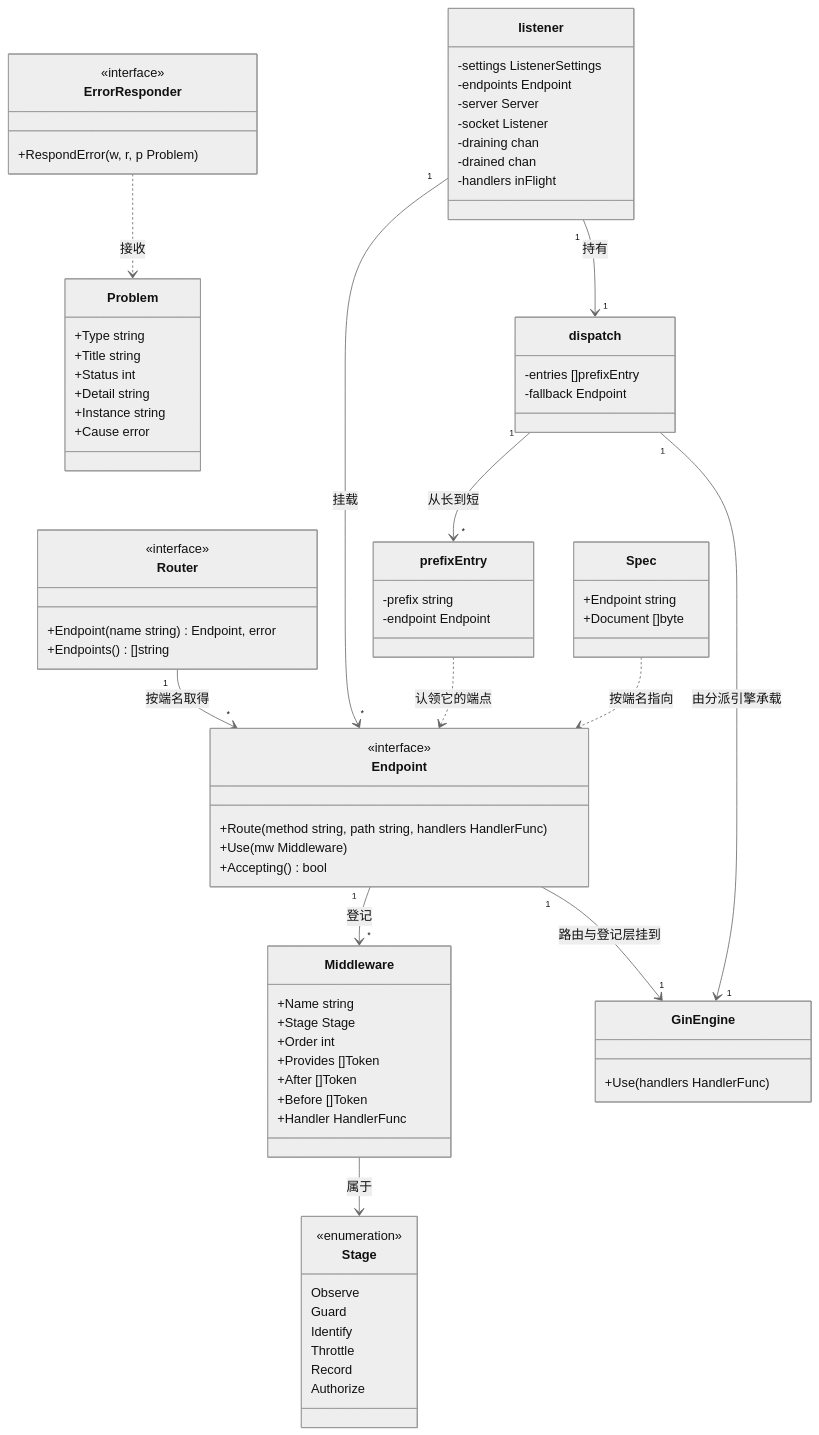
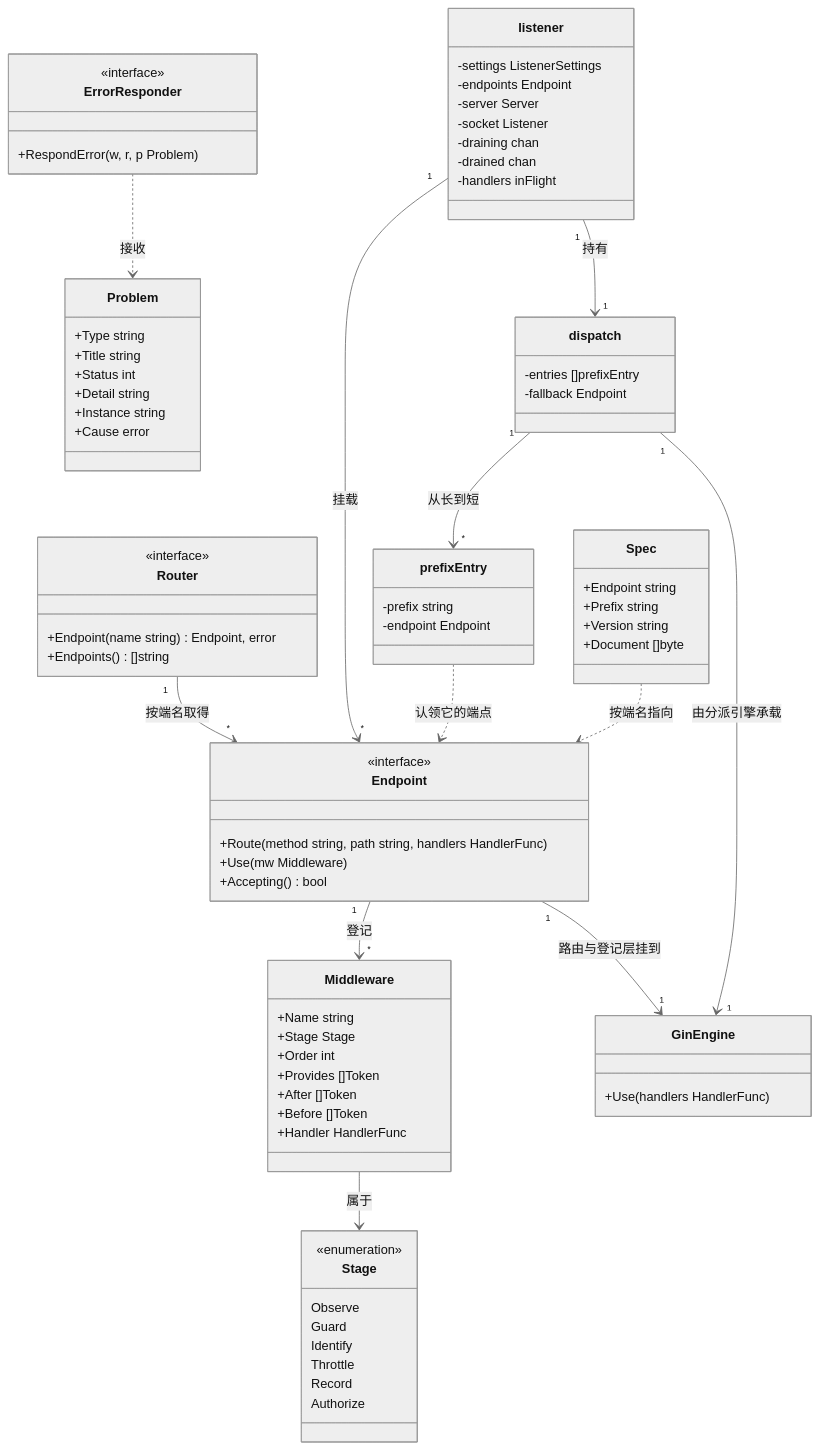
The first of 3 diagrams in docs/design/modules/http/design-http.md (wangzw/speed), drawn with Mermaid (neutral theme) before and after one commit. The commit also changed other lines of this file and 65 other files, not shown here.

````diff
--- a/docs/design/modules/http/design-http.md
+++ b/docs/design/modules/http/design-http.md
@@ -316,79 +320,81 @@
 ```mermaid
 classDiagram
     class Router {
         <<interface>>
         +Endpoint(name string) Endpoint, error
         +Endpoints() []string
     }
     class Endpoint {
         <<interface>>
         +Route(method string, path string, handlers HandlerFunc)
         +Use(mw Middleware)
         +Accepting() bool
     }
     class Middleware {
         +Name string
         +Stage Stage
         +Order int
         +Provides []Token
         +After []Token
         +Before []Token
         +Handler HandlerFunc
     }
     class Stage {
         <<enumeration>>
         Observe
         Guard
         Identify
         Throttle
         Record
         Authorize
     }
     class Spec {
         +Endpoint string
+        +Prefix string
+        +Version string
         +Document []byte
     }
     class ErrorResponder {
         <<interface>>
         +RespondError(w, r, p Problem)
     }
     class Problem {
         +Type string
         +Title string
         +Status int
         +Detail string
         +Instance string
         +Cause error
     }
     class GinEngine {
         +Use(handlers HandlerFunc)
     }
     class listener {
         -settings ListenerSettings
         -endpoints Endpoint
         -server Server
         -socket Listener
         -draining chan
         -drained chan
         -handlers inFlight
     }
     class dispatch {
         -entries []prefixEntry
         -fallback Endpoint
     }
     class prefixEntry {
         -prefix string
         -endpoint Endpoint
     }
     Router "1" --> "*" Endpoint : 按端名取得
     listener "1" --> "*" Endpoint : 挂载
     Endpoint "1" --> "*" Middleware : 登记
     Middleware --> Stage : 属于
     Endpoint "1" --> "1" GinEngine : 路由与登记层挂到
     listener "1" --> "1" dispatch : 持有
     dispatch "1" --> "1" GinEngine : 由分派引擎承载
     dispatch "1" --> "*" prefixEntry : 从长到短
     prefixEntry ..> Endpoint : 认领它的端点
     Spec ..> Endpoint : 按端名指向
     ErrorResponder ..> Problem : 接收
 ```
````
